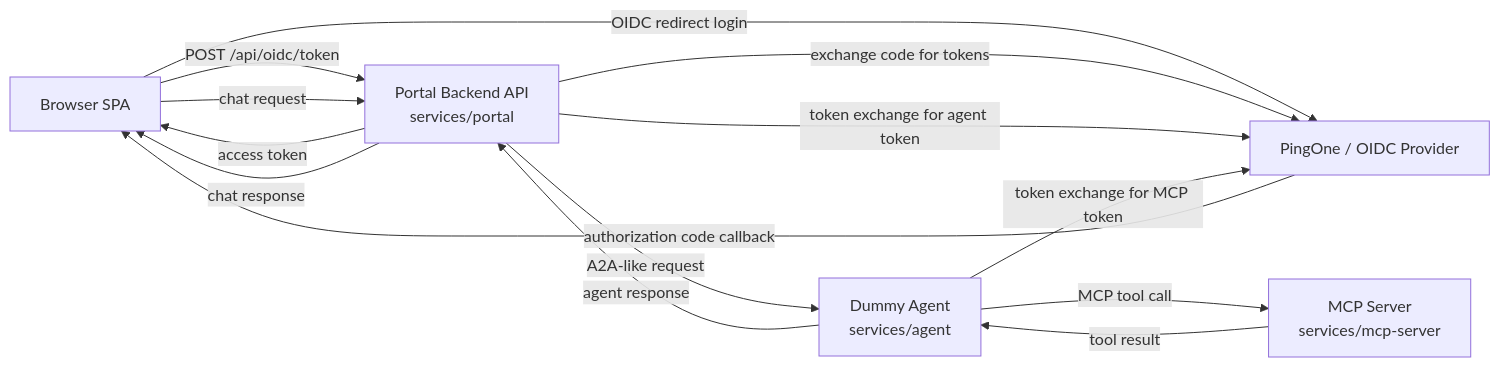
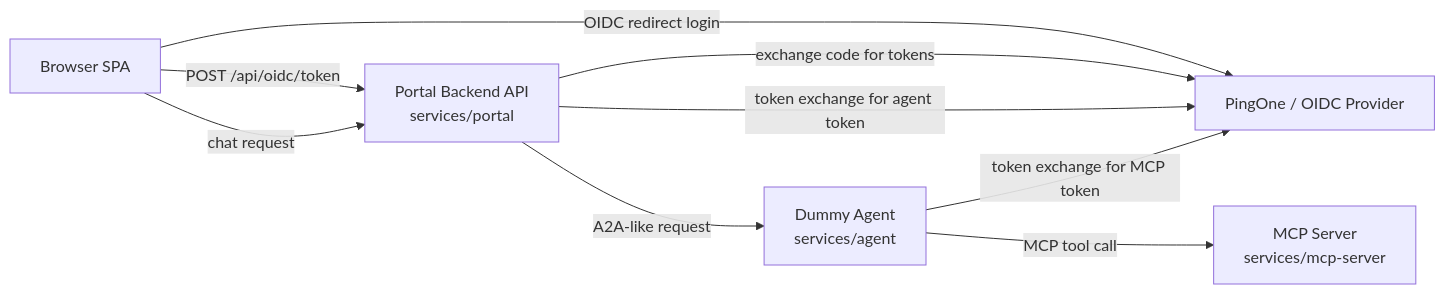
Before and after one commit to carbonefederico/ai-telco-chatbot: the first of 3 diagrams in README.md, drawn with Mermaid. The commit also changed other lines of this file, not shown here.

````diff
--- a/README.md
+++ b/README.md
@@ -22,23 +22,18 @@
 ```mermaid
 flowchart LR
   Browser["Browser SPA"]
   Portal["Portal Backend API<br/>services/portal"]
   Agent["Dummy Agent<br/>services/agent"]
   MCP["MCP Server<br/>services/mcp-server"]
   OIDC["PingOne / OIDC Provider"]
 
   Browser -->|"OIDC redirect login"| OIDC
-  OIDC -->|"authorization code callback"| Browser
   Browser -->|"POST /api/oidc/token"| Portal
   Portal -->|"exchange code for tokens"| OIDC
-  Portal -->|"access token"| Browser
 
   Browser -->|"chat request"| Portal
   Portal -->|"token exchange for agent token"| OIDC
   Portal -->|"A2A-like request"| Agent
   Agent -->|"token exchange for MCP token"| OIDC
   Agent -->|"MCP tool call"| MCP
-  MCP -->|"tool result"| Agent
-  Agent -->|"agent response"| Portal
-  Portal -->|"chat response"| Browser
 ```
````
